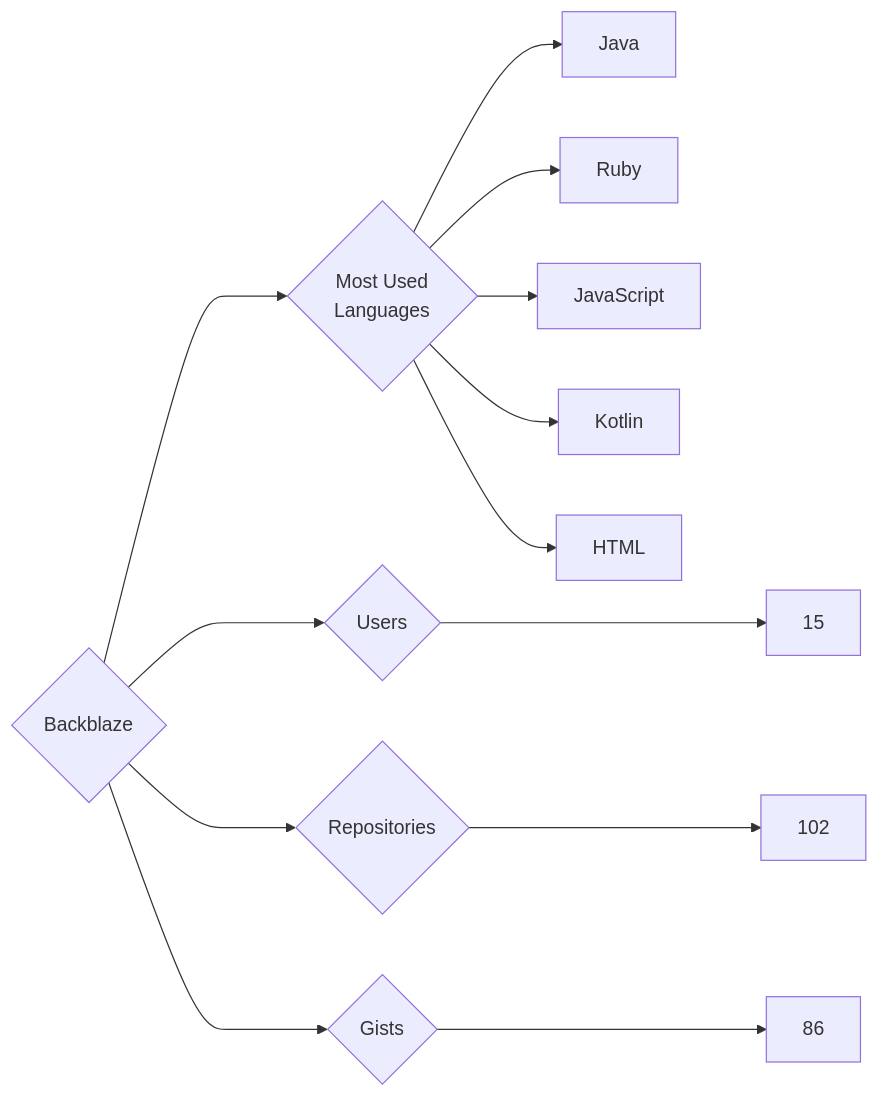
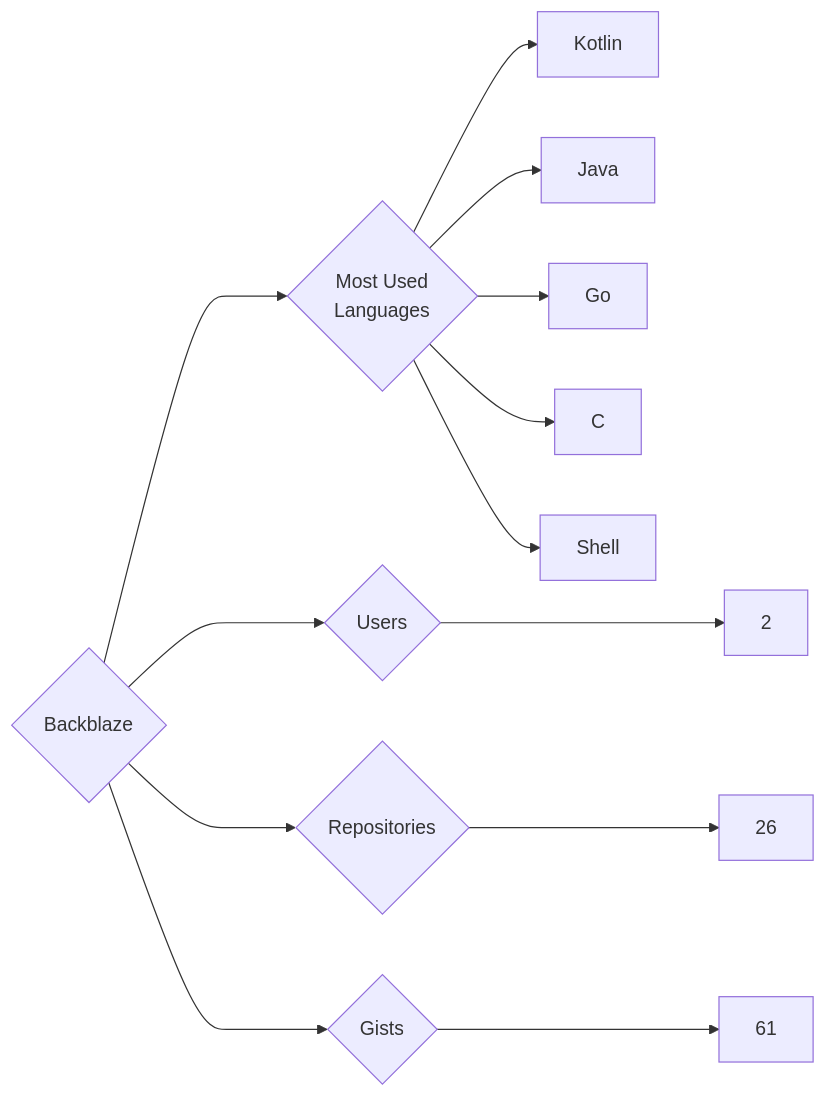
Before and after one commit to trickest/insiders: the diagram in targets/Backblaze/README.md, drawn with Mermaid. The commit also changed 845 other files, not shown here.

````diff
--- a/targets/Backblaze/README.md
+++ b/targets/Backblaze/README.md
@@ -3,13 +3,13 @@
 ```mermaid
 graph LR
 COMPANY_NAME{Backblaze}
-COMPANY_NAME ---> U{Users} ---> UN[15]
-COMPANY_NAME ---> R{Repositories} ---> RN[102]
-COMPANY_NAME ---> G{Gists} ---> GN[86]
+COMPANY_NAME ---> U{Users} ---> UN[2]
+COMPANY_NAME ---> R{Repositories} ---> RN[26]
+COMPANY_NAME ---> G{Gists} ---> GN[61]
 COMPANY_NAME ---> ML{Most Used<br>Languages}
+ML --> Kotlin[Kotlin]
 ML --> Java[Java]
-ML --> Ruby[Ruby]
-ML --> JavaScript[JavaScript]
-ML --> Kotlin[Kotlin]
-ML --> HTML[HTML]
+ML --> Go[Go]
+ML --> C[C]
+ML --> Shell[Shell]
 ```
````
